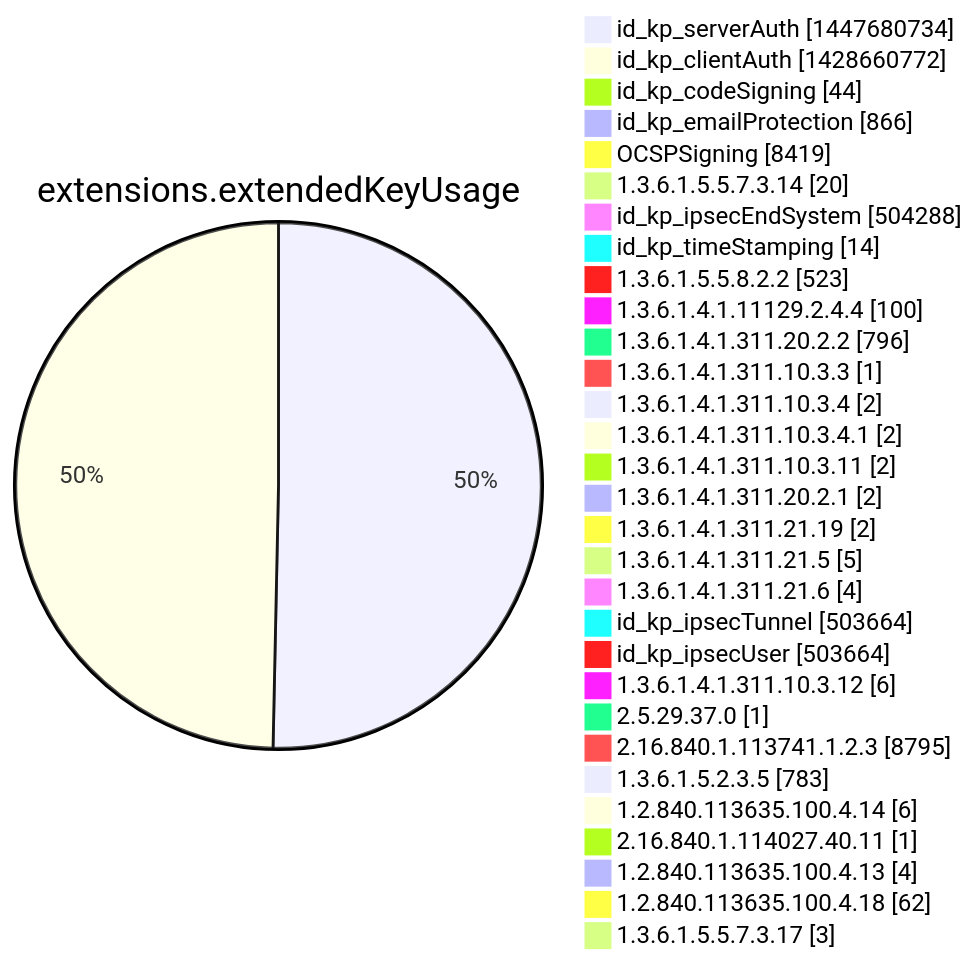
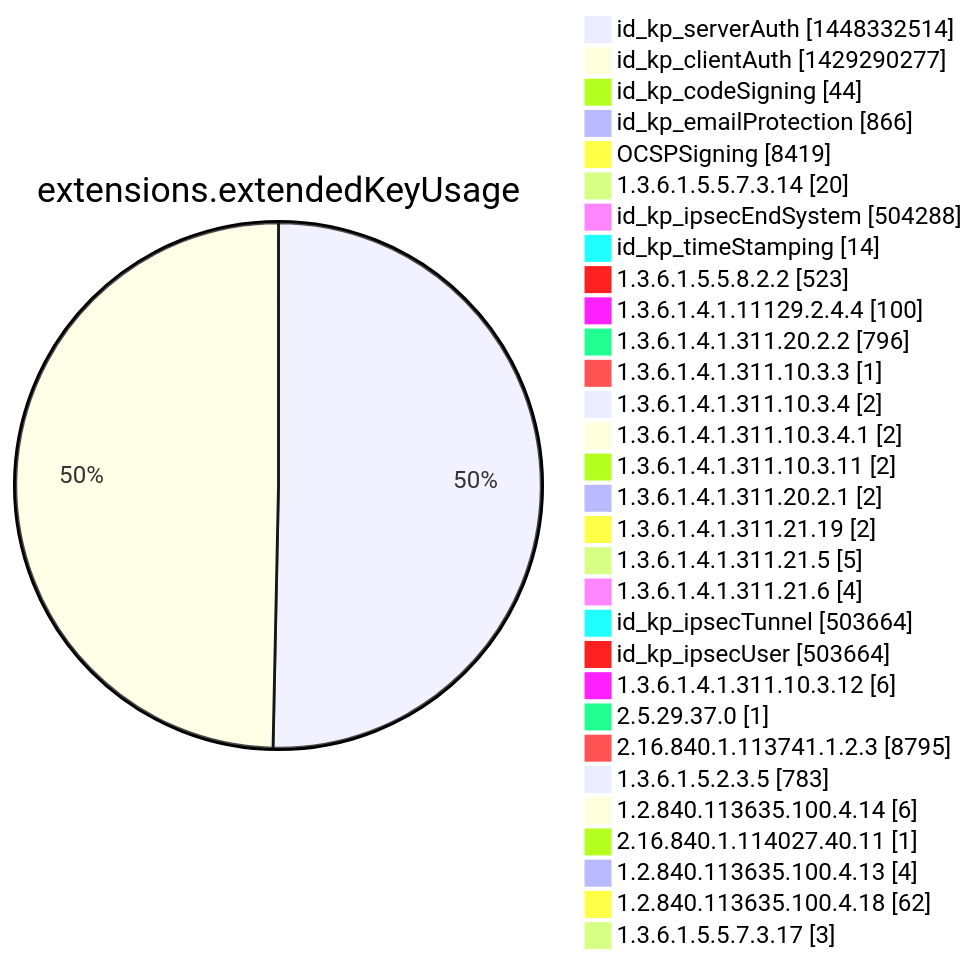
One commit to christiankrug/ctmonitor_visualization changed diagram 12 of 15 in argon2022/README.md. Above: the diagram before and after it, drawn with Mermaid. The commit also changed other lines of this file, not shown here.

````diff
--- a/argon2022/README.md
+++ b/argon2022/README.md
@@ -3555,34 +3555,34 @@
 ```mermaid
 pie showData
 title extensions.extendedKeyUsage
-"id_kp_serverAuth" :1447680734
-"id_kp_clientAuth" :1428660772
+"id_kp_serverAuth" :1448332514
+"id_kp_clientAuth" :1429290277
 "id_kp_codeSigning" :44
 "id_kp_emailProtection" :866
 "OCSPSigning" :8419
 "1.3.6.1.5.5.7.3.14" :20
 "id_kp_ipsecEndSystem" :504288
 "id_kp_timeStamping" :14
 "1.3.6.1.5.5.8.2.2" :523
 "1.3.6.1.4.1.11129.2.4.4" :100
 "1.3.6.1.4.1.311.20.2.2" :796
 "1.3.6.1.4.1.311.10.3.3" :1
 "1.3.6.1.4.1.311.10.3.4" :2
 "1.3.6.1.4.1.311.10.3.4.1" :2
 "1.3.6.1.4.1.311.10.3.11" :2
 "1.3.6.1.4.1.311.20.2.1" :2
 "1.3.6.1.4.1.311.21.19" :2
 "1.3.6.1.4.1.311.21.5" :5
 "1.3.6.1.4.1.311.21.6" :4
 "id_kp_ipsecTunnel" :503664
 "id_kp_ipsecUser" :503664
 "1.3.6.1.4.1.311.10.3.12" :6
 "2.5.29.37.0" :1
 "2.16.840.1.113741.1.2.3" :8795
 "1.3.6.1.5.2.3.5" :783
 "1.2.840.113635.100.4.14" :6
 "2.16.840.1.114027.40.11" :1
 "1.2.840.113635.100.4.13" :4
 "1.2.840.113635.100.4.18" :62
 "1.3.6.1.5.5.7.3.17" :3
 ```
````
